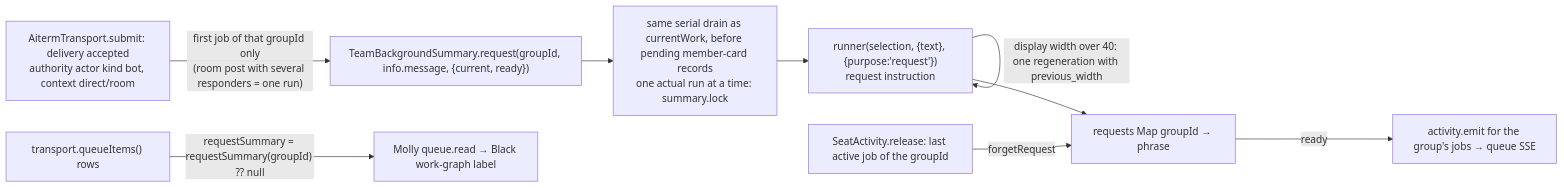
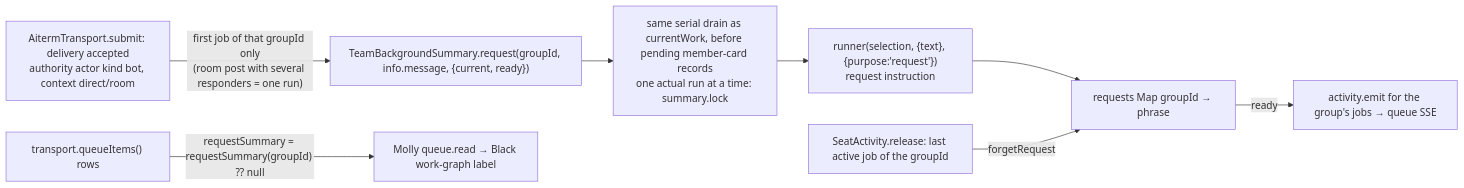
Before and after one commit to kitepon/BellTeam: the third of 3 diagrams in docs/architecture/modules/execution/current-work.md, drawn with Mermaid. The commit also changed other lines of this file and 3 other files, not shown here.

````diff
--- a/docs/architecture/modules/execution/current-work.md
+++ b/docs/architecture/modules/execution/current-work.md
@@ -109,11 +108,10 @@
 ```mermaid
 flowchart LR
   Accept[AitermTransport.submit: delivery accepted<br/>authority actor kind bot, context direct/room] -->|"first job of that groupId only<br/>(room post with several responders = one run)"| Req["TeamBackgroundSummary.request(groupId, info.message, {current, ready})"]
   Req --> Serial[same serial drain as currentWork, before pending member-card records<br/>one actual run at a time: summary.lock]
   Serial --> Run["runner(selection, {text}, {purpose:'request'})<br/>request instruction"]
-  Run -->|"display width over 40: one regeneration with previous_width"| Run
   Run --> Store[requests Map groupId → phrase]
   Store -->|ready| Emit[activity.emit for the group's jobs → queue SSE]
   Rows["transport.queueItems() rows"] -->|"requestSummary = requestSummary(groupId) ?? null"| WG[Molly queue.read → Black work-graph label]
   Release[SeatActivity.release: last active job of the groupId] -->|forgetRequest| Store
 ```
````
